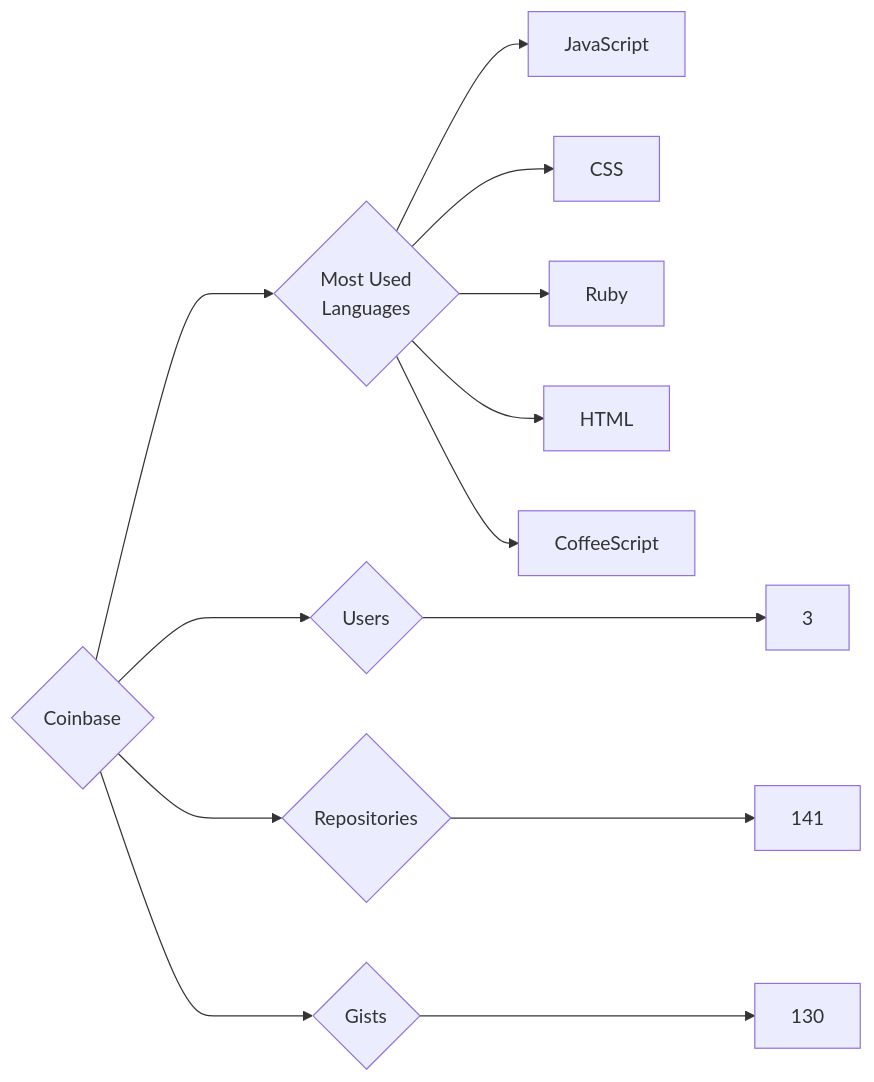
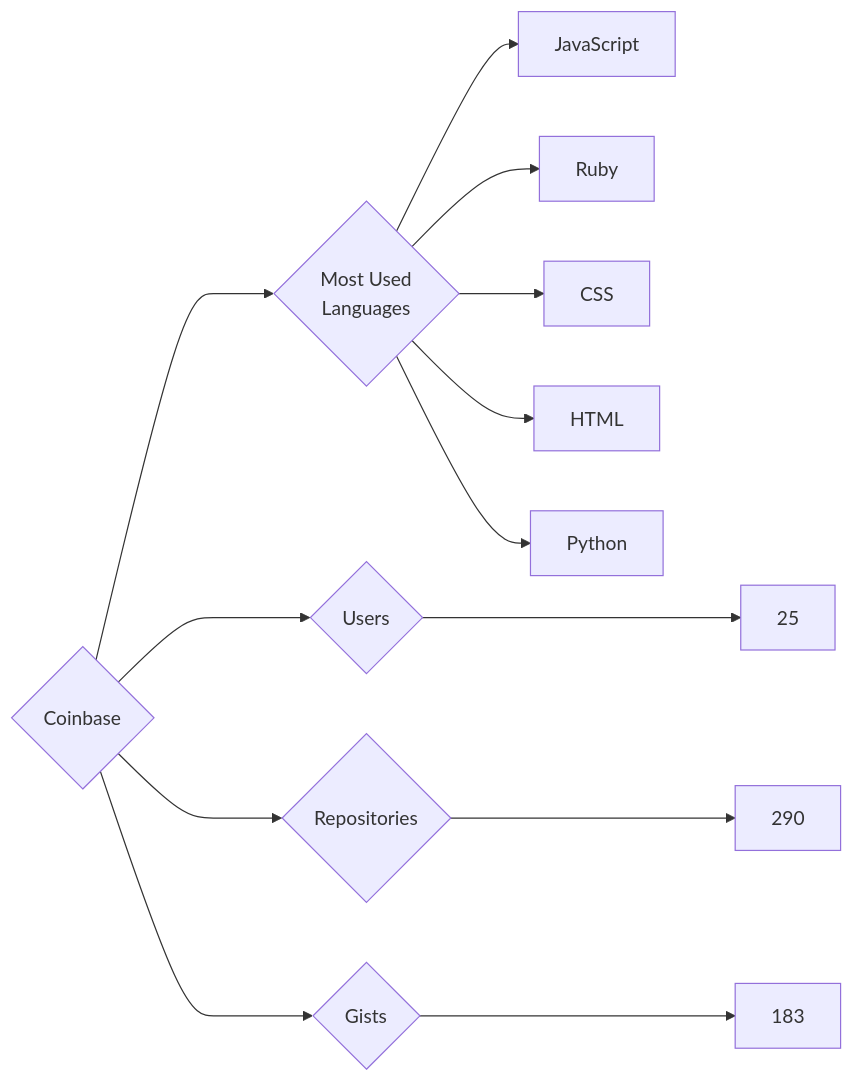
The diagram in targets/Coinbase/README.md (trickest/insiders), drawn with Mermaid before and after one commit. The commit also changed 924 other files, not shown here.

````diff
--- a/targets/Coinbase/README.md
+++ b/targets/Coinbase/README.md
@@ -3,13 +3,13 @@
 ```mermaid
 graph LR
 COMPANY_NAME{Coinbase}
-COMPANY_NAME ---> U{Users} ---> UN[3]
-COMPANY_NAME ---> R{Repositories} ---> RN[141]
-COMPANY_NAME ---> G{Gists} ---> GN[130]
+COMPANY_NAME ---> U{Users} ---> UN[25]
+COMPANY_NAME ---> R{Repositories} ---> RN[290]
+COMPANY_NAME ---> G{Gists} ---> GN[183]
 COMPANY_NAME ---> ML{Most Used<br>Languages}
 ML --> JavaScript[JavaScript]
+ML --> Ruby[Ruby]
 ML --> CSS[CSS]
-ML --> Ruby[Ruby]
 ML --> HTML[HTML]
-ML --> CoffeeScript[CoffeeScript]
+ML --> Python[Python]
 ```
````
